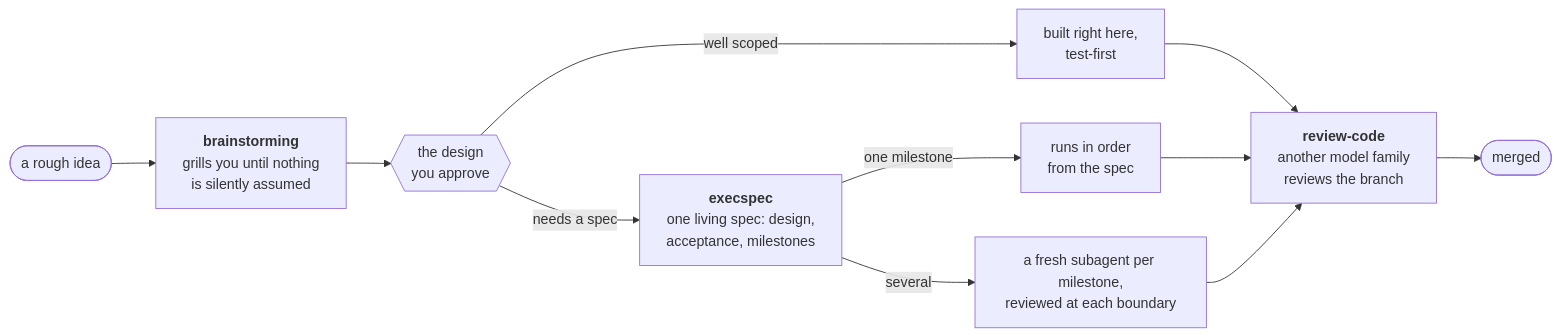
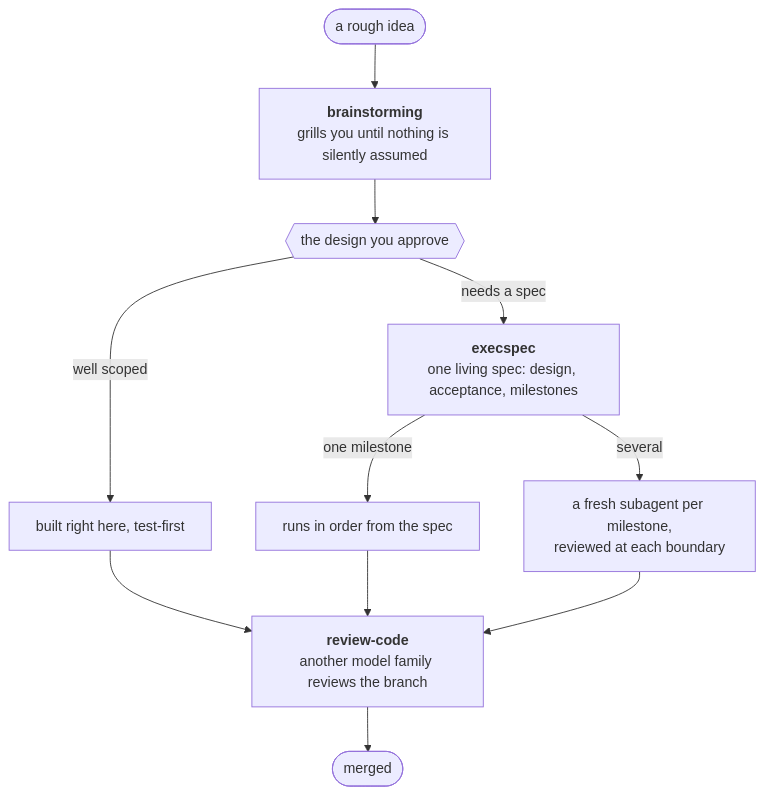
One commit to SSFSKIM/doperpowers changed the first of 2 diagrams in README.md. Above: the diagram before and after it, drawn with Mermaid. The commit also changed other lines of this file and 4 other files, not shown here.

First line of the commit message:
README: the method's diagram reads top-down; a shorter lead; the banner trimmed to its content

````diff
--- a/README.md
+++ b/README.md
@@ -24,13 +24,13 @@
 ```mermaid
-flowchart LR
-    idea([a rough idea]) --> grill["<b>brainstorming</b><br/>grills you until nothing<br/>is silently assumed"]
-    grill --> design{{"the design<br/>you approve"}}
-    design -- "well scoped" --> here["built right here,<br/>test-first"]
-    design -- "needs a spec" --> spec["<b>execspec</b><br/>one living spec: design,<br/>acceptance, milestones"]
-    spec -- "one milestone" --> inorder["runs in order<br/>from the spec"]
+flowchart TD
+    idea([a rough idea]) --> grill["<b>brainstorming</b><br/>grills you until nothing is silently assumed"]
+    grill --> design{{"the design you approve"}}
+    design -- "well scoped" --> here["built right here, test-first"]
+    design -- "needs a spec" --> spec["<b>execspec</b><br/>one living spec: design, acceptance, milestones"]
+    spec -- "one milestone" --> inorder["runs in order from the spec"]
     spec -- "several" --> fresh["a fresh subagent per milestone,<br/>reviewed at each boundary"]
-    here --> review["<b>review-code</b><br/>another model family<br/>reviews the branch"]
+    here --> review["<b>review-code</b><br/>another model family reviews the branch"]
     inorder --> review
     fresh --> review
     review --> merged([merged])
 ```
````
